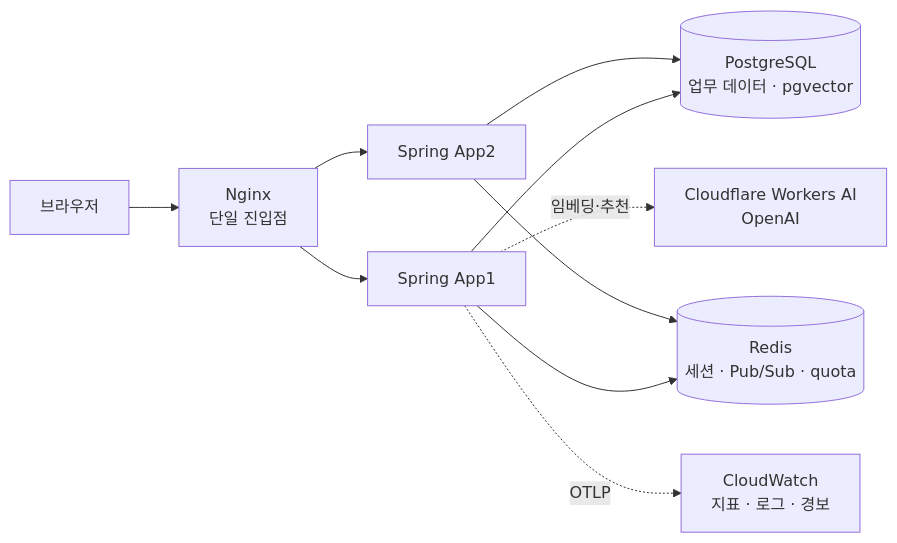
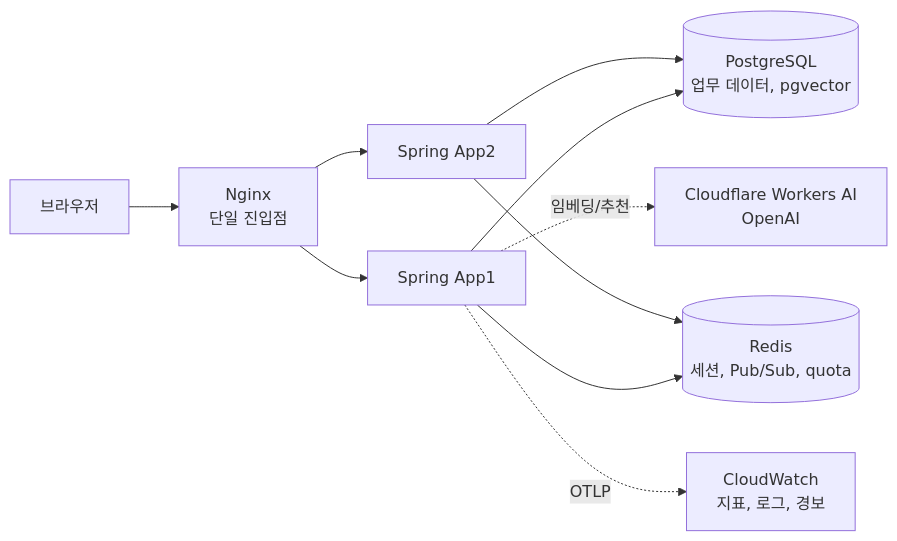
Before and after one commit to bamsongi-club/albam-mate: the diagram in README.md, drawn with Mermaid. The commit also changed other lines of this file, not shown here.

````diff
--- a/README.md
+++ b/README.md
@@ -40,12 +46,12 @@
 ```mermaid
 flowchart LR
     browser["브라우저"] --> nginx["Nginx<br/>단일 진입점"]
     nginx --> app1["Spring App1"]
     nginx --> app2["Spring App2"]
-    app1 --> pg[("PostgreSQL<br/>업무 데이터 · pgvector")]
+    app1 --> pg[("PostgreSQL<br/>업무 데이터, pgvector")]
     app2 --> pg
-    app1 --> redis[("Redis<br/>세션 · Pub/Sub · quota")]
+    app1 --> redis[("Redis<br/>세션, Pub/Sub, quota")]
     app2 --> redis
-    app1 -.->|"임베딩·추천"| ext["Cloudflare Workers AI<br/>OpenAI"]
-    app1 -.->|"OTLP"| cw["CloudWatch<br/>지표 · 로그 · 경보"]
+    app1 -.->|"임베딩/추천"| ext["Cloudflare Workers AI<br/>OpenAI"]
+    app1 -.->|"OTLP"| cw["CloudWatch<br/>지표, 로그, 경보"]
 ```
````
